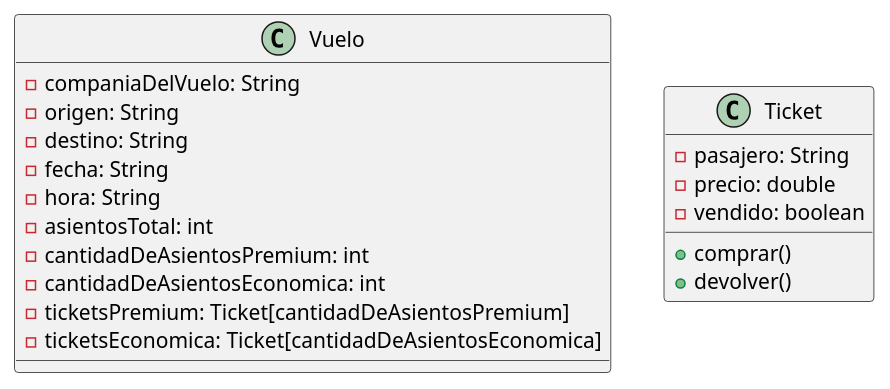
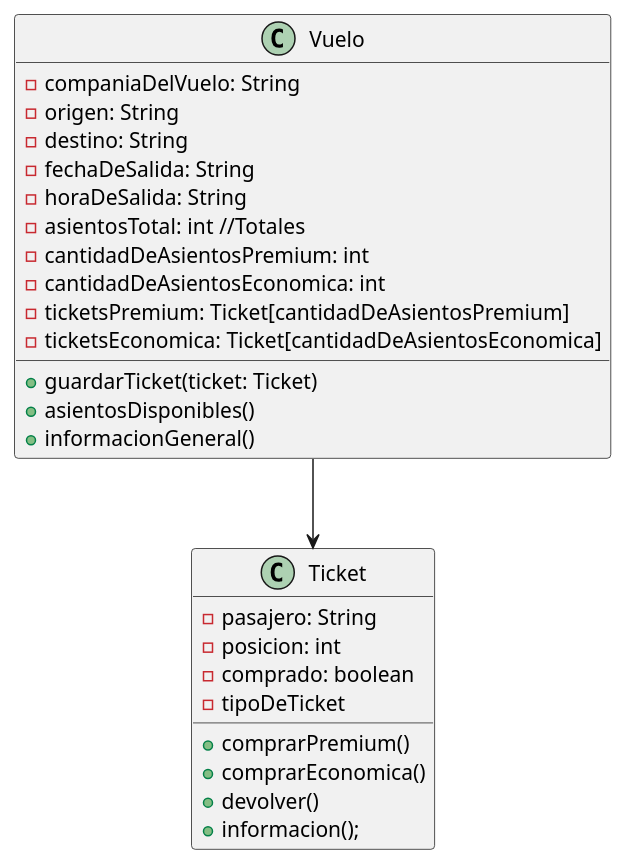
Before and after one commit to FernandoHuilca/EPN-FernandoHuilca: the diagram in Segundo Semestre/Clases/Vuelo2.1/src/Diagrama.puml, drawn with PlantUML. The commit also changed 17 other files, not shown here.

```diff
--- a/Segundo Semestre/Clases/Vuelo2.1/src/Diagrama.puml
+++ b/Segundo Semestre/Clases/Vuelo2.1/src/Diagrama.puml
@@ -1,26 +1,35 @@
 @startuml
 
 class Vuelo{
 - companiaDelVuelo: String
 - origen: String
 - destino: String
-- fecha: String
-- hora: String
-- asientosTotal: int
+- fechaDeSalida: String
+- horaDeSalida: String
+- asientosTotal: int //Totales
 - cantidadDeAsientosPremium: int
 - cantidadDeAsientosEconomica: int
 - ticketsPremium: Ticket[cantidadDeAsientosPremium]
 - ticketsEconomica: Ticket[cantidadDeAsientosEconomica]
++ guardarTicket(ticket: Ticket)
++ asientosDisponibles()
++ informacionGeneral()
 }
 
 class Ticket{
 - pasajero: String
-- precio: double
-- vendido: boolean
-+ comprar()
+- posicion: int
+- comprado: boolean
+- tipoDeTicket
++ comprarPremium()
++ comprarEconomica()
 + devolver()
++ informacion();
 
 }
 
 
+Vuelo --> Ticket
+
+
 @enduml
```
